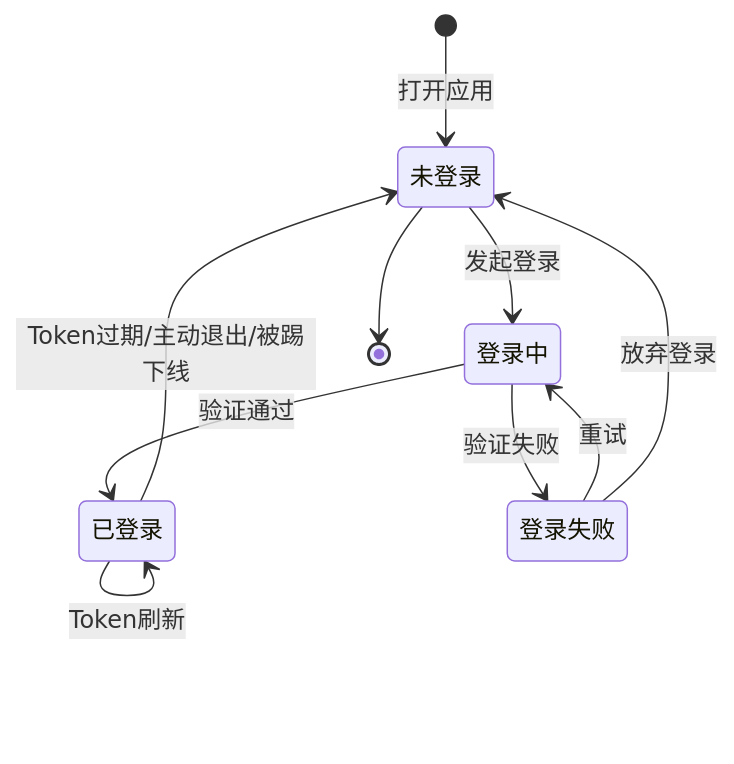
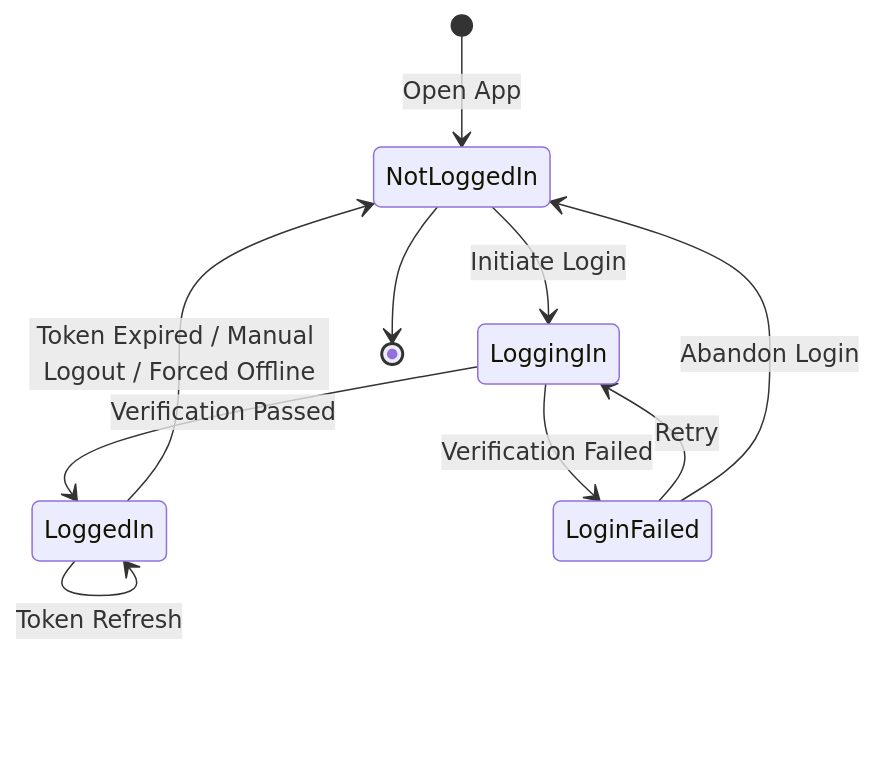
The sixth of 12 diagrams in templates/产品/产品层/【模板】产品需求文档.md (Kirky-X/cangjie), drawn with Mermaid before and after one commit. The commit also changed other lines of this file and 46 other files, not shown here.

````diff
--- a/templates/产品/产品层/【模板】产品需求文档.md
+++ b/templates/产品/产品层/【模板】产品需求文档.md
@@ -303,12 +303,12 @@
 ```mermaid
 stateDiagram-v2
-    [*] --> 未登录: 打开应用
-    未登录 --> 登录中: 发起登录
-    登录中 --> 已登录: 验证通过
-    登录中 --> 登录失败: 验证失败
-    登录失败 --> 登录中: 重试
-    登录失败 --> 未登录: 放弃登录
-    已登录 --> 已登录: Token刷新
-    已登录 --> 未登录: Token过期/主动退出/被踢下线
-    未登录 --> [*]
+    [*] --> NotLoggedIn: Open App
+    NotLoggedIn --> LoggingIn: Initiate Login
+    LoggingIn --> LoggedIn: Verification Passed
+    LoggingIn --> LoginFailed: Verification Failed
+    LoginFailed --> LoggingIn: Retry
+    LoginFailed --> NotLoggedIn: Abandon Login
+    LoggedIn --> LoggedIn: Token Refresh
+    LoggedIn --> NotLoggedIn: Token Expired / Manual Logout / Forced Offline
+    NotLoggedIn --> [*]
 ```
````
